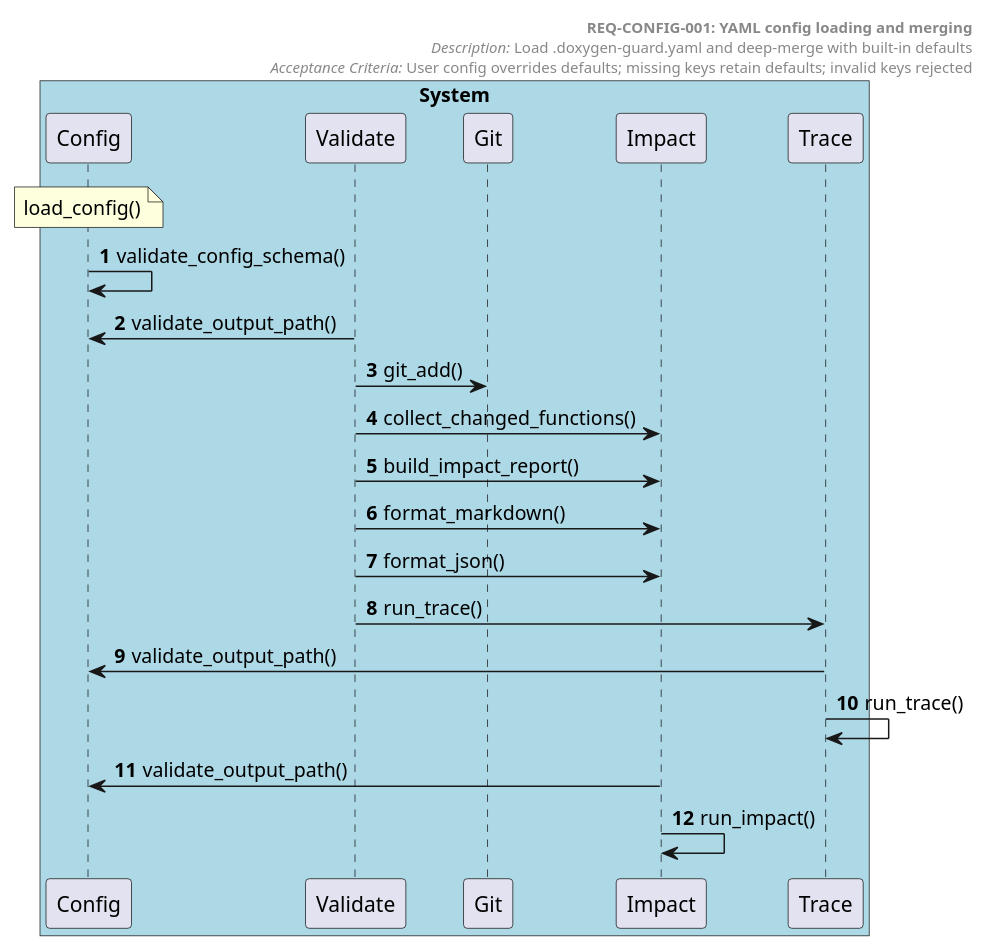
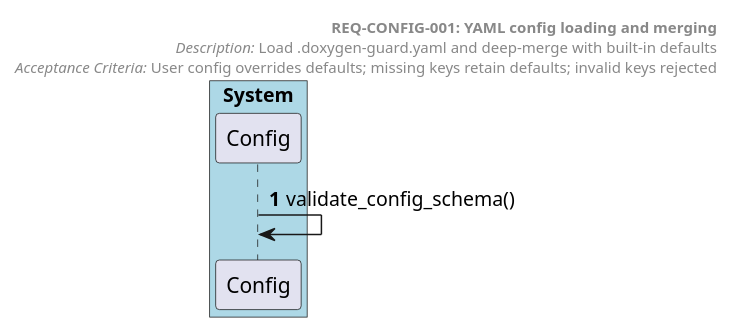
The diagram in docs/generated/sequences/REQ-CONFIG-001.puml (tvanfossen/doxygen-guard), drawn with PlantUML before and after one commit. The commit also changed 35 other files, not shown here.

First line of the commit message:
Add tree-sitter AST pipeline for behavioral sequence diagrams

```diff
--- a/docs/generated/sequences/REQ-CONFIG-001.puml
+++ b/docs/generated/sequences/REQ-CONFIG-001.puml
@@ -1,33 +1,17 @@
 @startuml REQ-CONFIG-001 YAML config loading and merging
 autonumber
 
 box "System" #LightBlue
   participant "Config" as Config
-  participant "Validate" as Validate
-  participant "Git" as Git
-  participant "Impact" as Impact
-  participant "Trace" as Trace
 end box
 
 header
   **REQ-CONFIG-001: YAML config loading and merging**
   //Description:// Load .doxygen-guard.yaml and deep-merge with built-in defaults
   //Acceptance Criteria:// User config overrides defaults; missing keys retain defaults; invalid keys rejected
 end header
 
-note over Config: load_config()
 
 Config -> Config: validate_config_schema()
-Validate -> Config: validate_output_path()
-Validate -> Git: git_add()
-Validate -> Impact: collect_changed_functions()
-Validate -> Impact: build_impact_report()
-Validate -> Impact: format_markdown()
-Validate -> Impact: format_json()
-Validate -> Trace: run_trace()
-Trace -> Config: validate_output_path()
-Trace -> Trace: run_trace()
-Impact -> Config: validate_output_path()
-Impact -> Impact: run_impact()
 
 @enduml
```
